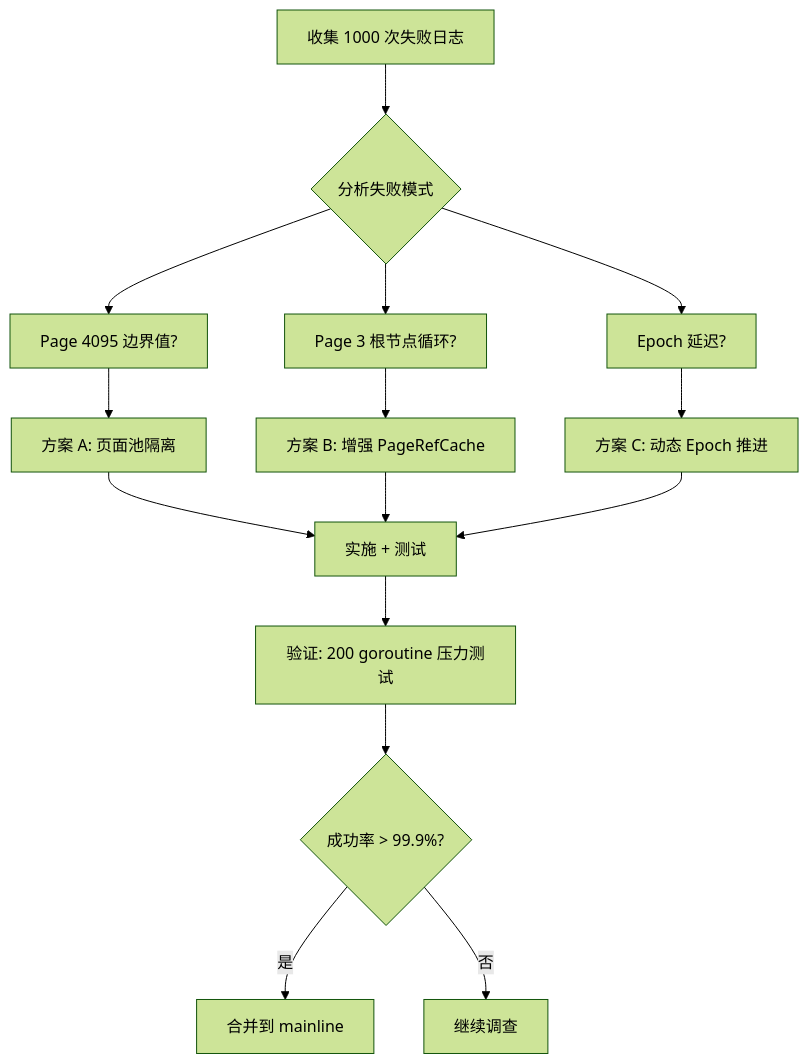
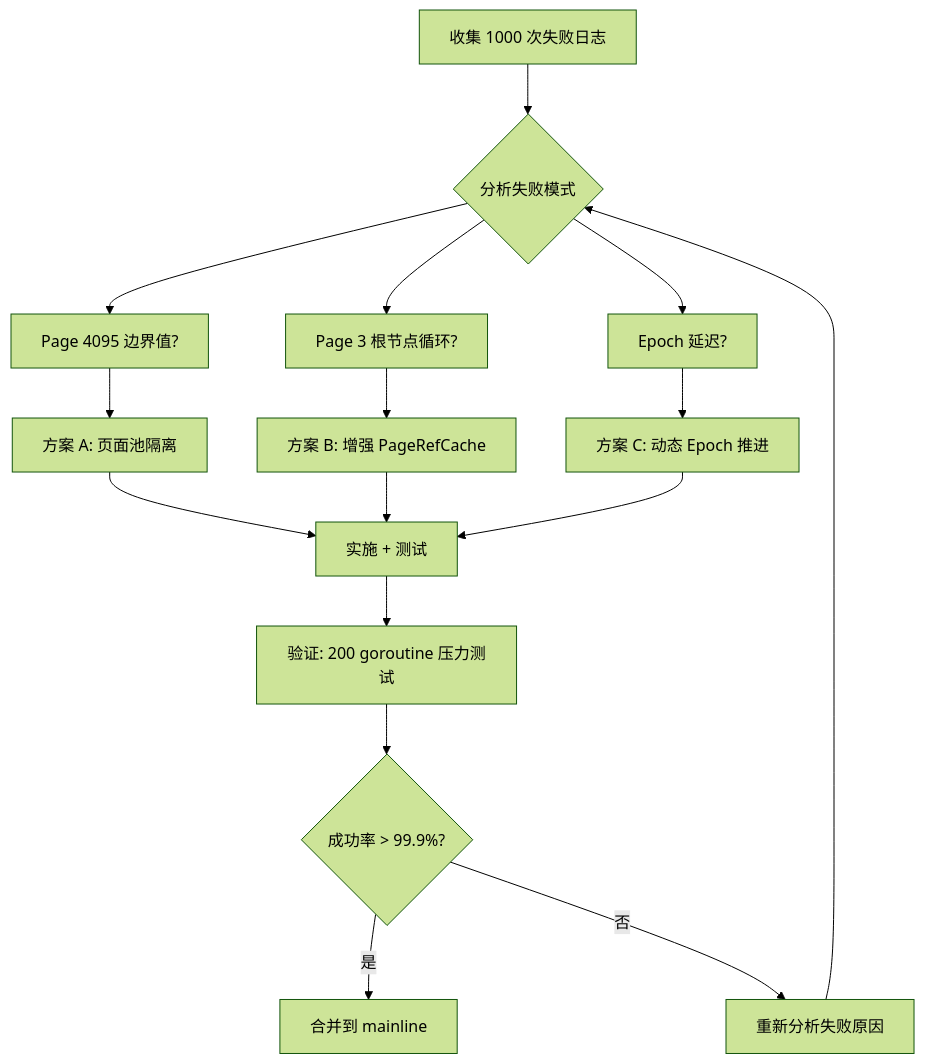
One commit to jzhang405/NexKV changed the diagram in docs/06_PM/fix/2026-03-27_PR-circular-reference-root-cause-investigation_全流程.md. Above: the diagram before and after it, drawn with Mermaid (forest theme). The commit also changed other lines of this file, not shown here.

````diff
--- a/docs/06_PM/fix/2026-03-27_PR-circular-reference-root-cause-investigation_全流程.md
+++ b/docs/06_PM/fix/2026-03-27_PR-circular-reference-root-cause-investigation_全流程.md
@@ -285,20 +285,21 @@
 ```mermaid
 flowchart TD
     A[收集 1000 次失败日志] --> B{分析失败模式}
     B --> C[Page 4095 边界值?]
     B --> D[Page 3 根节点循环?]
     B --> E[Epoch 延迟?]
 
     C --> F[方案 A: 页面池隔离]
     D --> G[方案 B: 增强 PageRefCache]
     E --> H[方案 C: 动态 Epoch 推进]
 
     F --> I[实施 + 测试]
     G --> I
     H --> I
 
     I --> J[验证: 200 goroutine 压力测试]
     J --> K{成功率 > 99.9%?}
     K -->|是| L[合并到 mainline]
-    K -->|否| M[继续调查]
+    K -->|否| M[重新分析失败原因]
+    M --> B
 ```
````
